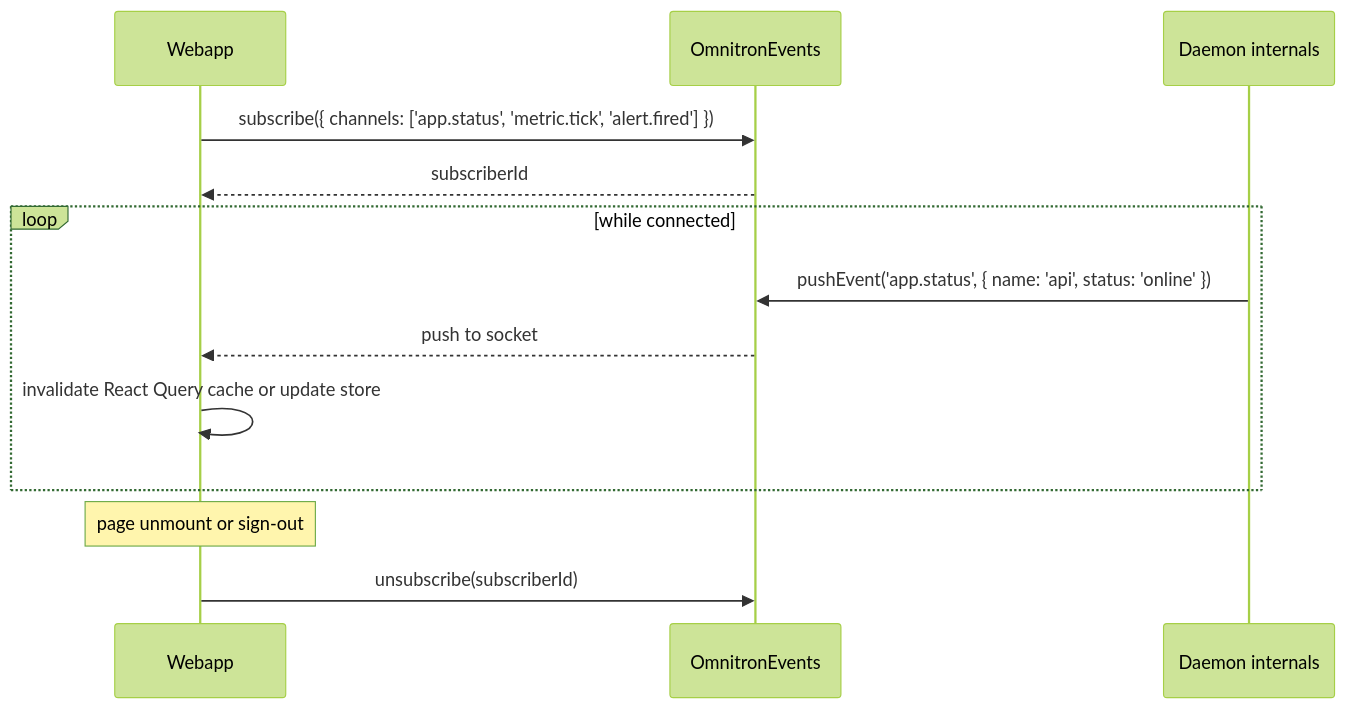
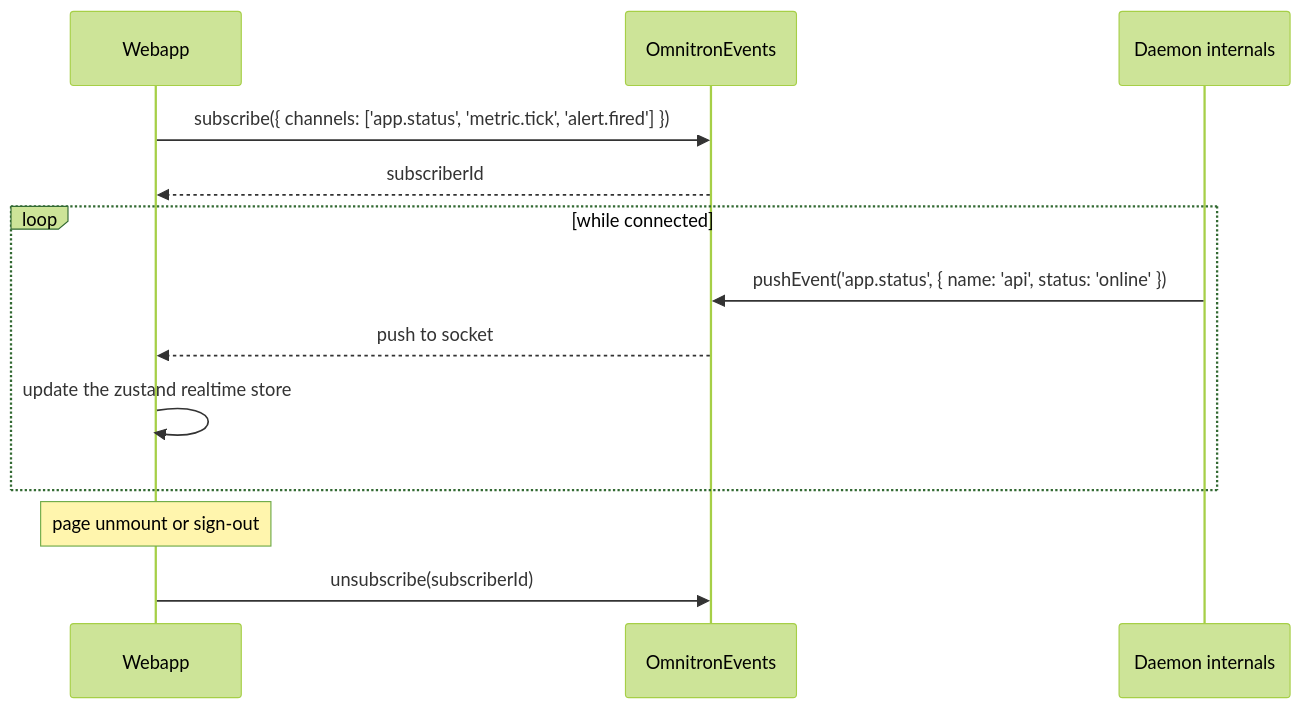
The second of 2 diagrams in docs/omnitron/console.md (omnitron-dev/website), drawn with Mermaid (forest theme) before and after one commit. The commit also changed other lines of this file and 61 other files, not shown here.

````diff
--- a/docs/omnitron/console.md
+++ b/docs/omnitron/console.md
@@ -267,16 +276,16 @@
 ```mermaid
 sequenceDiagram
   participant W as Webapp
   participant E as OmnitronEvents
   participant D as Daemon internals
 
   W->>E: subscribe({ channels: ['app.status', 'metric.tick', 'alert.fired'] })
   E-->>W: subscriberId
   loop while connected
     D->>E: pushEvent('app.status', { name: 'api', status: 'online' })
     E-->>W: push to socket
-    W->>W: invalidate React Query cache or update store
+    W->>W: update the zustand realtime store
   end
   Note over W: page unmount or sign-out
   W->>E: unsubscribe(subscriberId)
 ```
````
